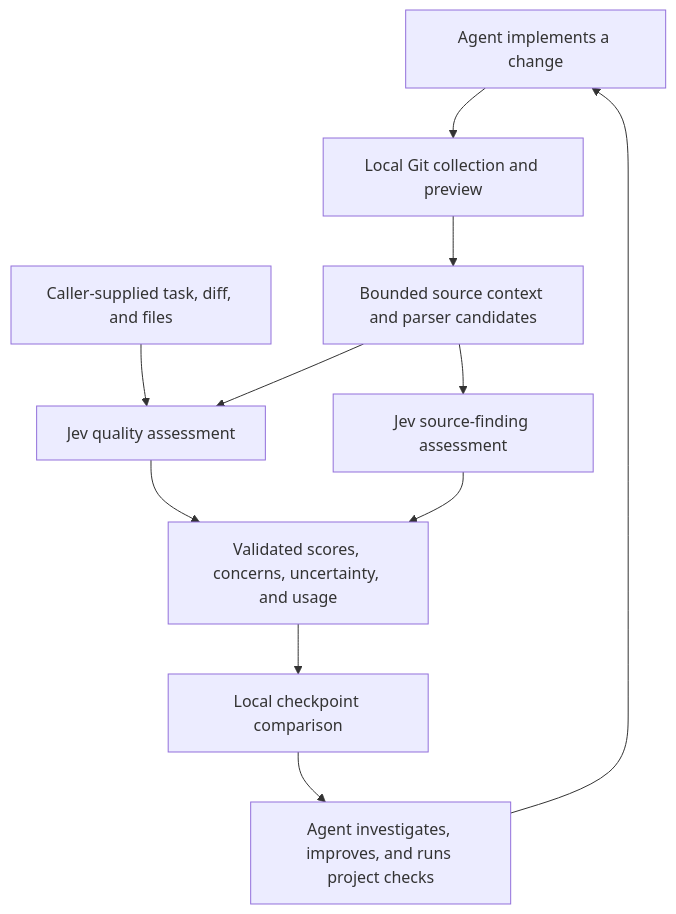
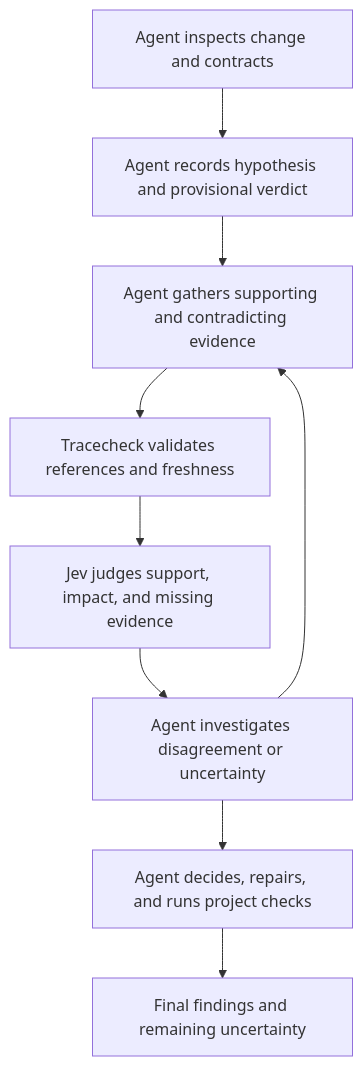
The diagram in README.md (bmccarn/tracecheck), drawn with Mermaid before and after one commit. The commit also changed other lines of this file and 18 other files, not shown here.

Commit message:
Add agent-led hypothesis verification and paired evaluation scoring

````diff
--- a/README.md
+++ b/README.md
@@ -99,13 +99,11 @@
 ```mermaid
 flowchart TD
-    A[Agent implements a change] --> B[Local Git collection and preview]
-    B --> C[Bounded source context and parser candidates]
-    D[Caller-supplied task, diff, and files] --> E[Jev quality assessment]
-    C --> E
-    C --> F[Jev source-finding assessment]
-    E --> G[Validated scores, concerns, uncertainty, and usage]
-    F --> G
-    G --> H[Local checkpoint comparison]
-    H --> I[Agent investigates, improves, and runs project checks]
-    I --> A
+    A[Agent inspects change and contracts] --> B[Agent records hypothesis and provisional verdict]
+    B --> C[Agent gathers supporting and contradicting evidence]
+    C --> D[Tracecheck validates references and freshness]
+    D --> E[Jev judges support, impact, and missing evidence]
+    E --> F[Agent investigates disagreement or uncertainty]
+    F --> C
+    F --> G[Agent decides, repairs, and runs project checks]
+    G --> H[Final findings and remaining uncertainty]
 ```
````
